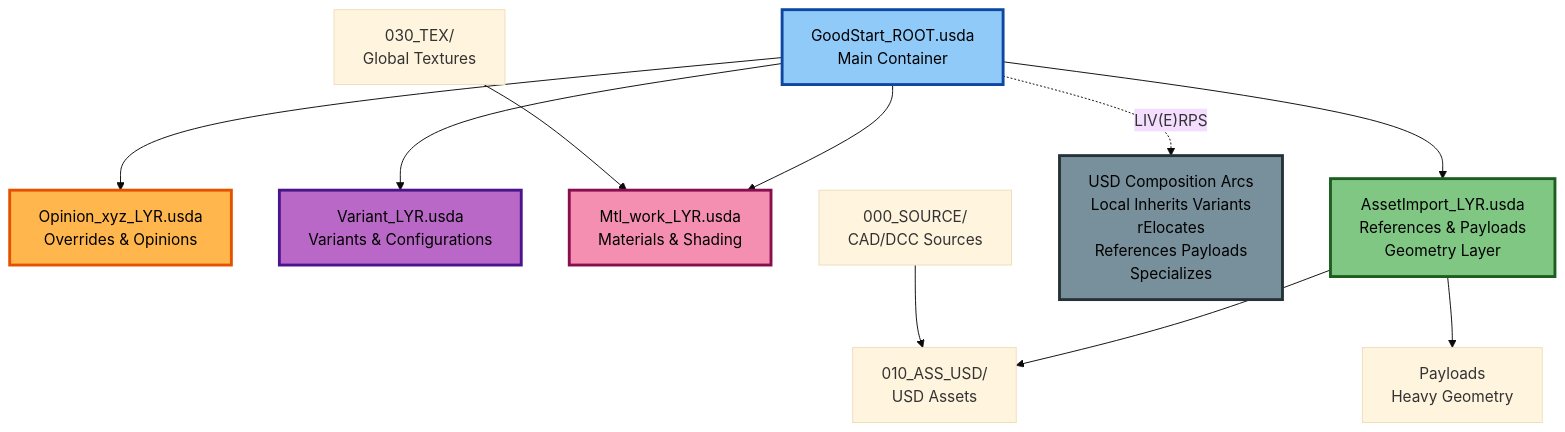
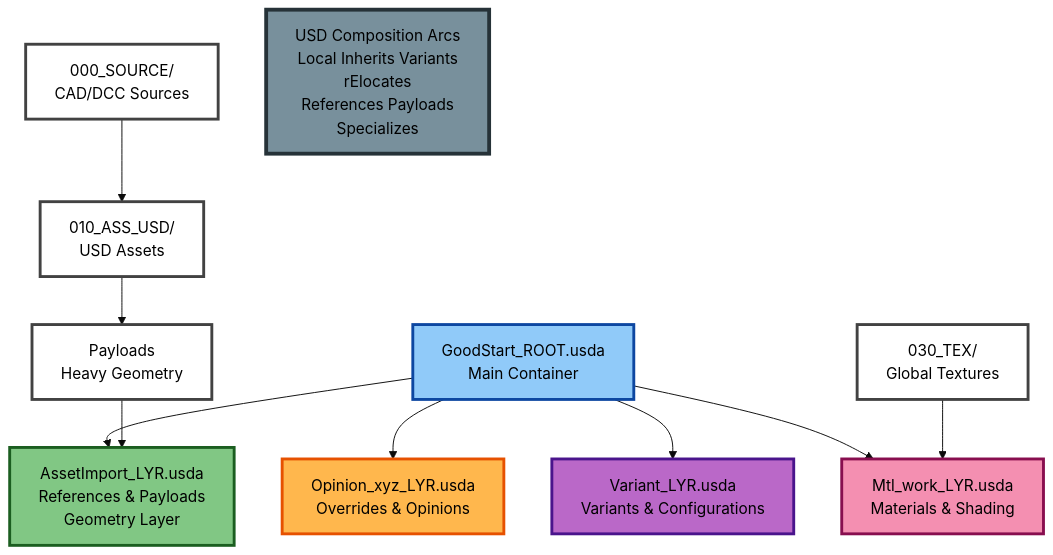
One commit to jph2/USD_GoodStart changed the diagram in README.md. Above: the diagram before and after it, drawn with Mermaid (base theme). The commit also changed other lines of this file, not shown here.

First line of the commit message:
docs: Restructure project diagram with linear data flow and standalone Composition Arcs

````diff
--- a/README.md
+++ b/README.md
@@ -17,22 +33,26 @@
 ```mermaid
 graph TD
     Root[GoodStart_ROOT.usda<br/>Main Container] --> Opinion[Opinion_xyz_LYR.usda<br/>Overrides & Opinions]
     Root --> Variant[Variant_LYR.usda<br/>Variants & Configurations]
     Root --> Material[Mtl_work_LYR.usda<br/>Materials & Shading]
     Root --> Asset[AssetImport_LYR.usda<br/>References & Payloads<br/>Geometry Layer]
     
-    Asset --> Assets[010_ASS_USD/<br/>USD Assets]
-    Asset --> Payloads[Payloads<br/>Heavy Geometry]
+    Source[000_SOURCE/<br/>CAD/DCC Sources] --> Assets[010_ASS_USD/<br/>USD Assets]
+    Assets --> Payloads[Payloads<br/>Heavy Geometry]
+    Payloads --> Asset
     
-    Root -.LIV(E)RPS.-> Composition[USD Composition Arcs<br/>Local Inherits Variants<br/>rElocates<br/>References Payloads<br/>Specializes]
+    Textures[030_TEX/<br/>Global Textures] --> Material
     
-    Source[000_SOURCE/<br/>CAD/DCC Sources] --> Assets
-    Textures[030_TEX/<br/>Global Textures] --> Material
+    Composition[USD Composition Arcs<br/>Local Inherits Variants<br/>rElocates<br/>References Payloads<br/>Specializes]
     
     style Root fill:#90caf9,stroke:#0d47a1,stroke-width:3px,color:#000
     style Asset fill:#81c784,stroke:#1b5e20,stroke-width:3px,color:#000
     style Opinion fill:#ffb74d,stroke:#e65100,stroke-width:3px,color:#000
     style Variant fill:#ba68c8,stroke:#4a148c,stroke-width:3px,color:#000
     style Material fill:#f48fb1,stroke:#880e4f,stroke-width:3px,color:#000
-    style Composition fill:#78909c,stroke:#263238,stroke-width:3px,color:#000
+    style Composition fill:#78909c,stroke:#263238,stroke-width:4px,color:#000
+    style Source fill:#ffffff,stroke:#424242,stroke-width:3px,color:#000
+    style Textures fill:#ffffff,stroke:#424242,stroke-width:3px,color:#000
+    style Assets fill:#ffffff,stroke:#424242,stroke-width:3px,color:#000
+    style Payloads fill:#ffffff,stroke:#424242,stroke-width:3px,color:#000
 ```
````
